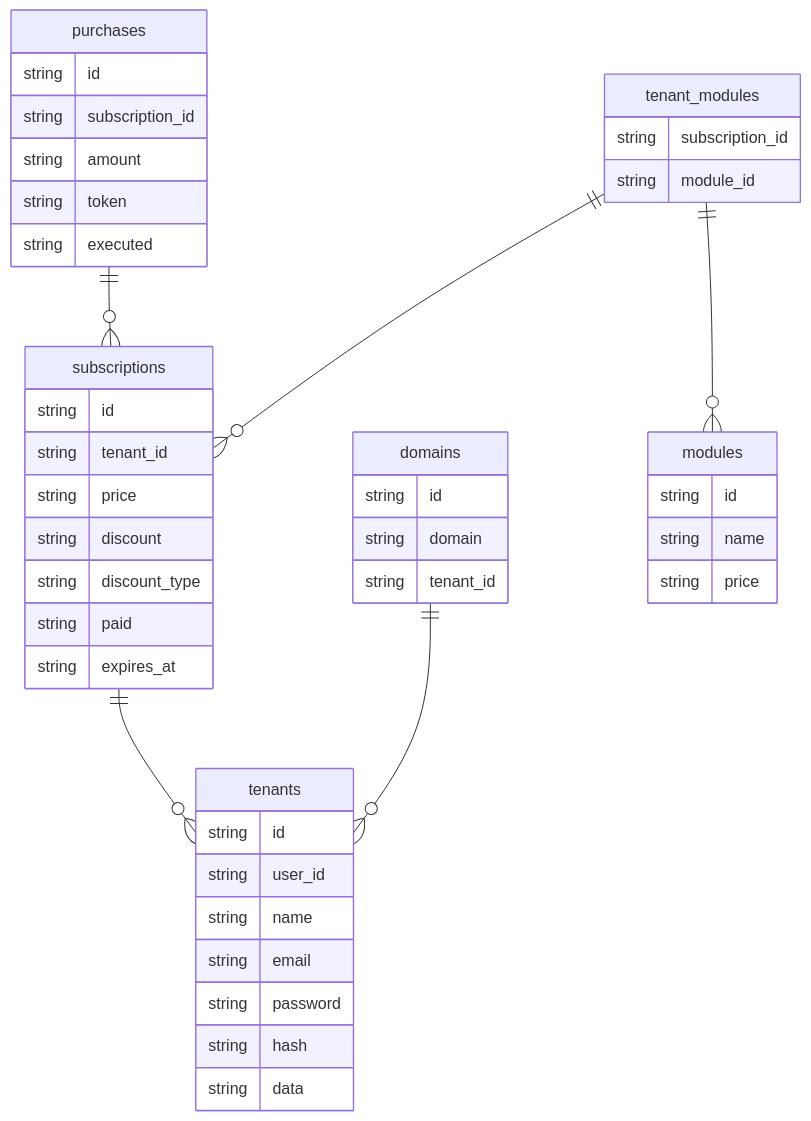
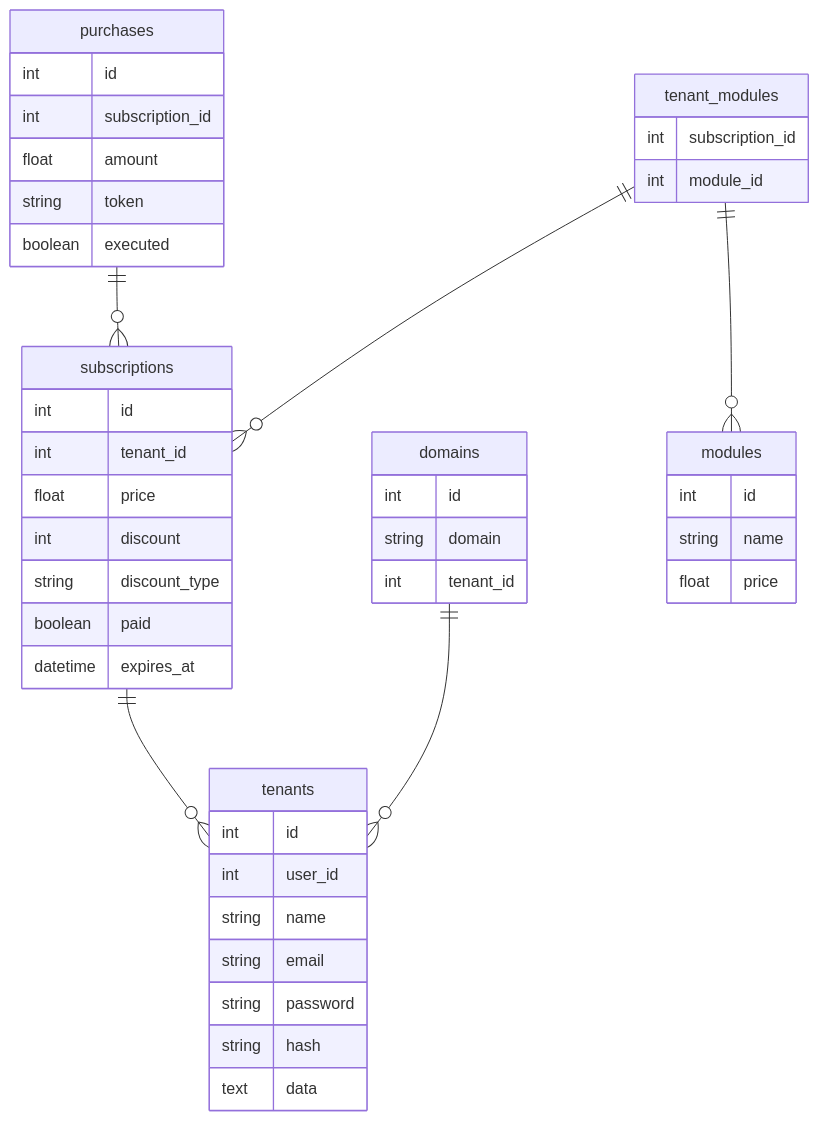
The diagram in docs/database/core-diagram.md (grey-dev-0/oaters), drawn with Mermaid before and after one commit. The commit also changed 11 other files, not shown here.

````diff
--- a/docs/database/core-diagram.md
+++ b/docs/database/core-diagram.md
@@ -3,48 +3,48 @@
 ```mermaid
 erDiagram
     tenants {
-        string id
-        string user_id
+        int id
+        int user_id
         string name
         string email
         string password
         string hash
-        string data
+        text data
     }
     domains {
-        string id
+        int id
         string domain
-        string tenant_id
+        int tenant_id
     }
     subscriptions {
-        string id
-        string tenant_id
-        string price
-        string discount
+        int id
+        int tenant_id
+        float price
+        int discount
         string discount_type
-        string paid
-        string expires_at
+        boolean paid
+        datetime expires_at
     }
     modules {
-        string id
+        int id
         string name
-        string price
+        float price
     }
     tenant_modules {
-        string subscription_id
-        string module_id
+        int subscription_id
+        int module_id
     }
     purchases {
-        string id
-        string subscription_id
-        string amount
+        int id
+        int subscription_id
+        float amount
         string token
-        string executed
+        boolean executed
     }
     domains ||--o{ tenants : ""
     subscriptions ||--o{ tenants : ""
     tenant_modules ||--o{ subscriptions : ""
     tenant_modules ||--o{ modules : ""
     purchases ||--o{ subscriptions : ""
 
 ```
````
